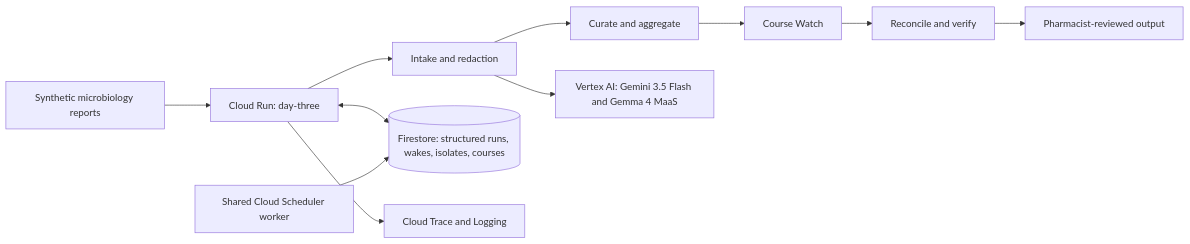
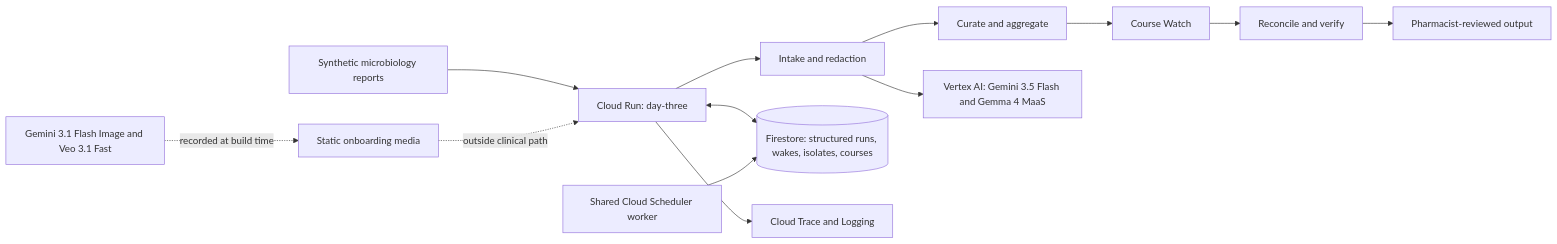
Before and after one commit to usv240/day-three: the diagram in docs/architecture.mmd, drawn with Mermaid. The commit also changed 18 other files, not shown here.

```diff
--- a/docs/architecture.mmd
+++ b/docs/architecture.mmd
@@ -1,11 +1,13 @@
 flowchart LR
     A[Synthetic microbiology reports] --> B[Cloud Run: day-three]
     B --> I[Intake and redaction]
     I --> C[Curate and aggregate]
     C --> W[Course Watch]
     W --> R[Reconcile and verify]
     B <--> F[(Firestore: structured runs, wakes, isolates, courses)]
     I --> V[Vertex AI: Gemini 3.5 Flash and Gemma 4 MaaS]
     S[Shared Cloud Scheduler worker] --> F
     B --> T[Cloud Trace and Logging]
     R --> H[Pharmacist-reviewed output]
+    M[Gemini 3.1 Flash Image and Veo 3.1 Fast] -. recorded at build time .-> O[Static onboarding media]
+    O -. outside clinical path .-> B
```
